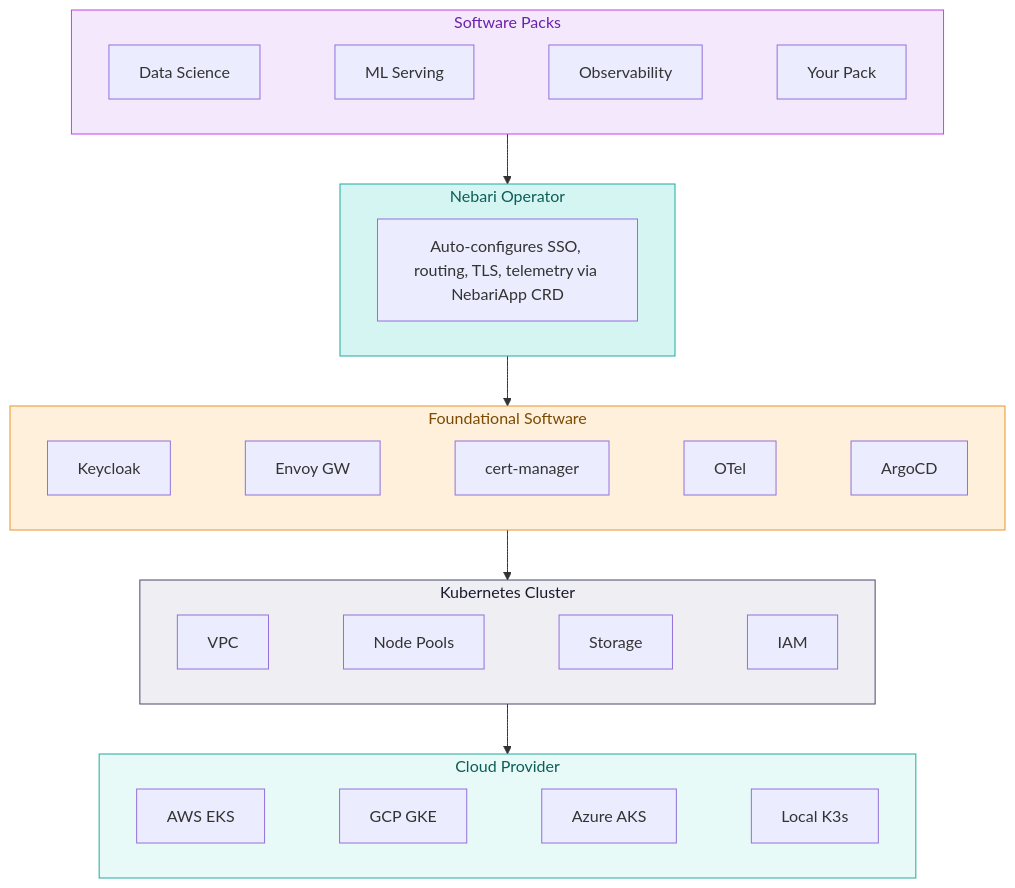
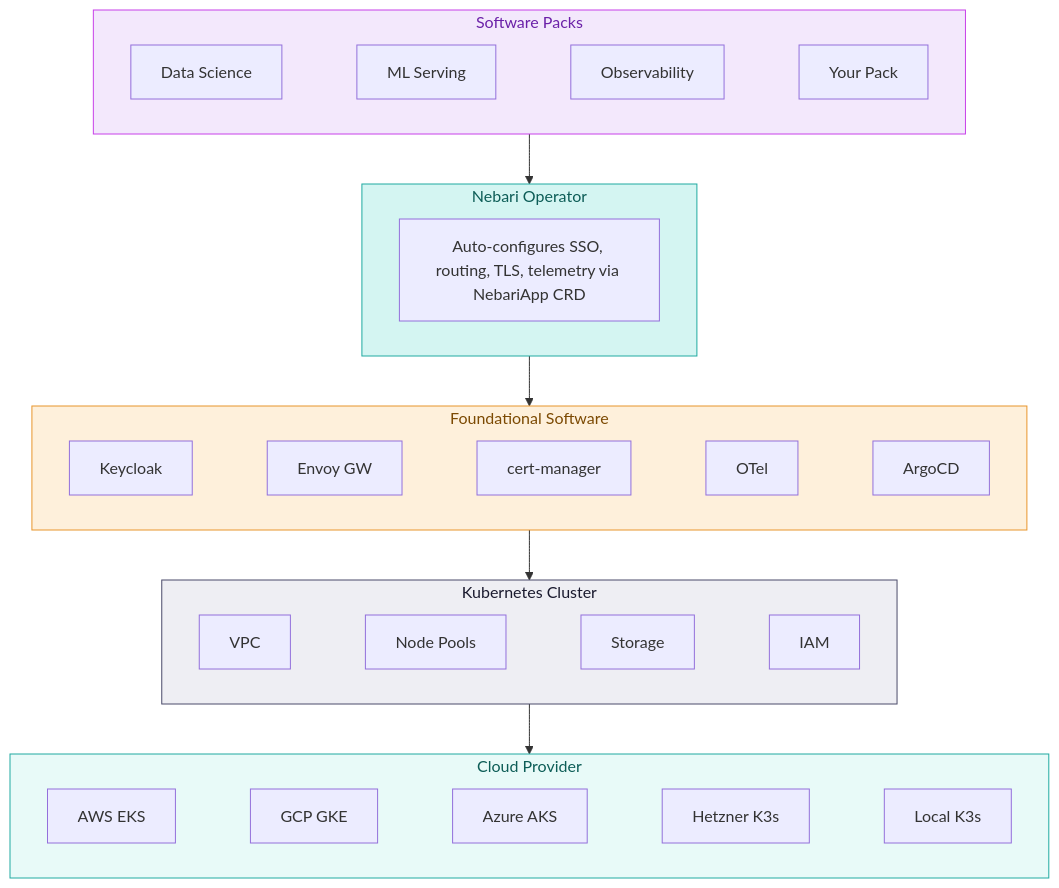
The diagram in README.md (nebari-dev/nebari-infrastructure-core), drawn with Mermaid before and after one commit. The commit also changed other lines of this file and 2 other files, not shown here.

First line of the commit message:
Add SSH key portability docs for Hetzner provider

````diff
--- a/README.md
+++ b/README.md
@@ -55,34 +55,34 @@
 ```mermaid
 flowchart TD
   subgraph SP["Software Packs"]
     direction LR
     ds["Data Science"] ~~~ ml["ML Serving"] ~~~ obs["Observability"] ~~~ custom["Your Pack"]
   end
 
   subgraph NO["Nebari Operator"]
     op["Auto-configures SSO, routing, TLS, telemetry via NebariApp CRD"]
   end
 
   subgraph FS["Foundational Software"]
     direction LR
     kc["Keycloak"] ~~~ eg["Envoy GW"] ~~~ cm["cert-manager"] ~~~ ot["OTel"] ~~~ ac["ArgoCD"]
   end
 
   subgraph K8["Kubernetes Cluster"]
     direction LR
     vpc["VPC"] ~~~ np["Node Pools"] ~~~ st["Storage"] ~~~ iam["IAM"]
   end
 
   subgraph CP["Cloud Provider"]
     direction LR
-    aws["AWS EKS"] ~~~ gcp["GCP GKE"] ~~~ az["Azure AKS"] ~~~ k3s["Local K3s"]
+    aws["AWS EKS"] ~~~ gcp["GCP GKE"] ~~~ az["Azure AKS"] ~~~ hz["Hetzner K3s"] ~~~ k3s["Local K3s"]
   end
 
   SP --> NO --> FS --> K8 --> CP
 
   style SP fill:#f3e8fc,stroke:#c840e9,color:#6b21a8
   style NO fill:#d4f5f2,stroke:#20aaa1,color:#0d5d57
   style FS fill:#fef0db,stroke:#e8952c,color:#7c4a03
   style K8 fill:#eeeef3,stroke:#4a4a6a,color:#1a1a2e
   style CP fill:#e8faf8,stroke:#20aaa1,color:#0d5d57
 ```
````
